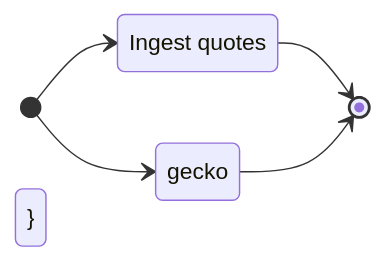
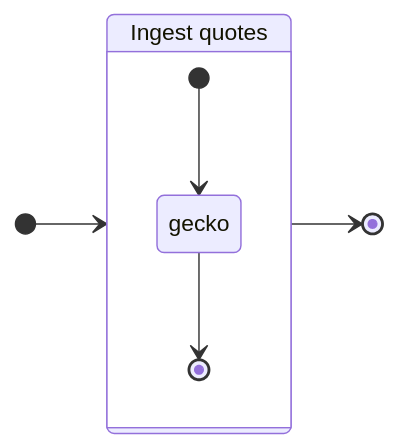
Before and after one commit to pivoteur/protocol: the diagram in dapps/README.md, drawn with Mermaid.

Commit message:
made state-declaration start with 'state,' not 'class'

````diff
--- a/dapps/README.md
+++ b/dapps/README.md
@@ -5,11 +5,11 @@
 ```mermaid
 stateDiagram-v2
    direction LR
    [*] --> State1
    State1 --> [*]
    State1: Ingest quotes
-   class State1 {
+   state State1 {
       [*] --> gecko
       gecko --> [*]
    }
 ```
````
